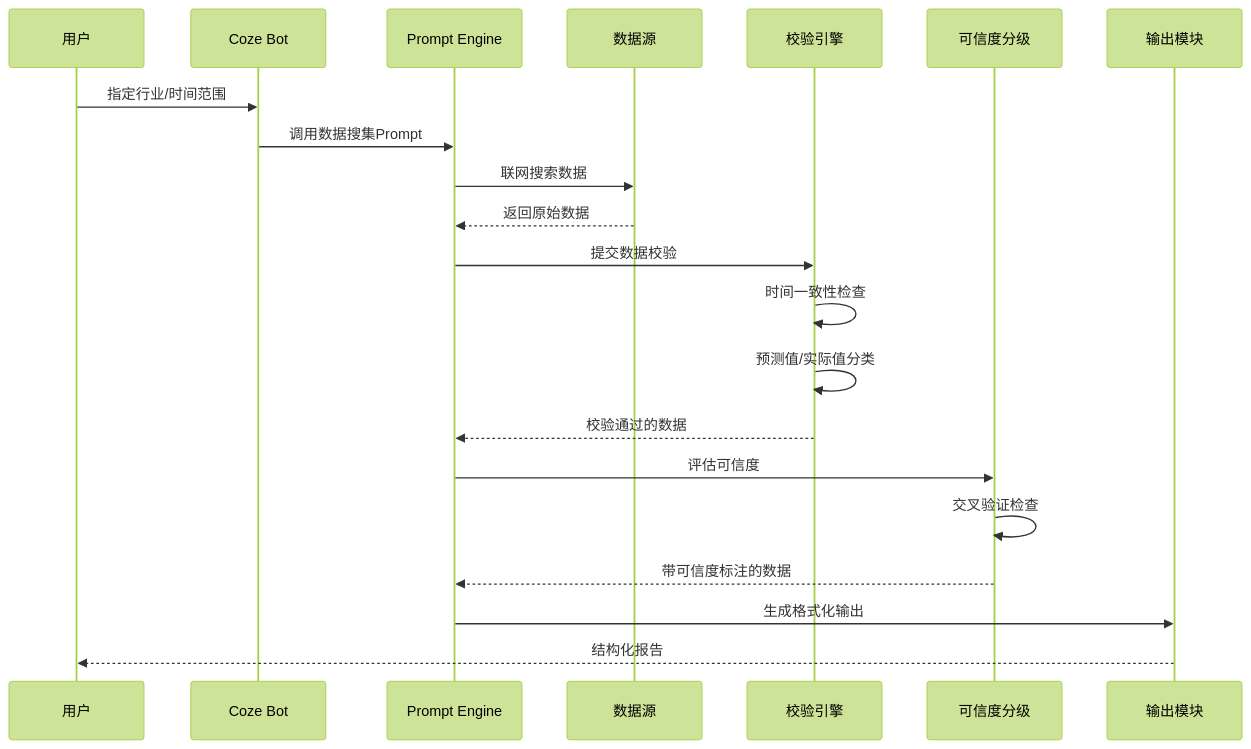
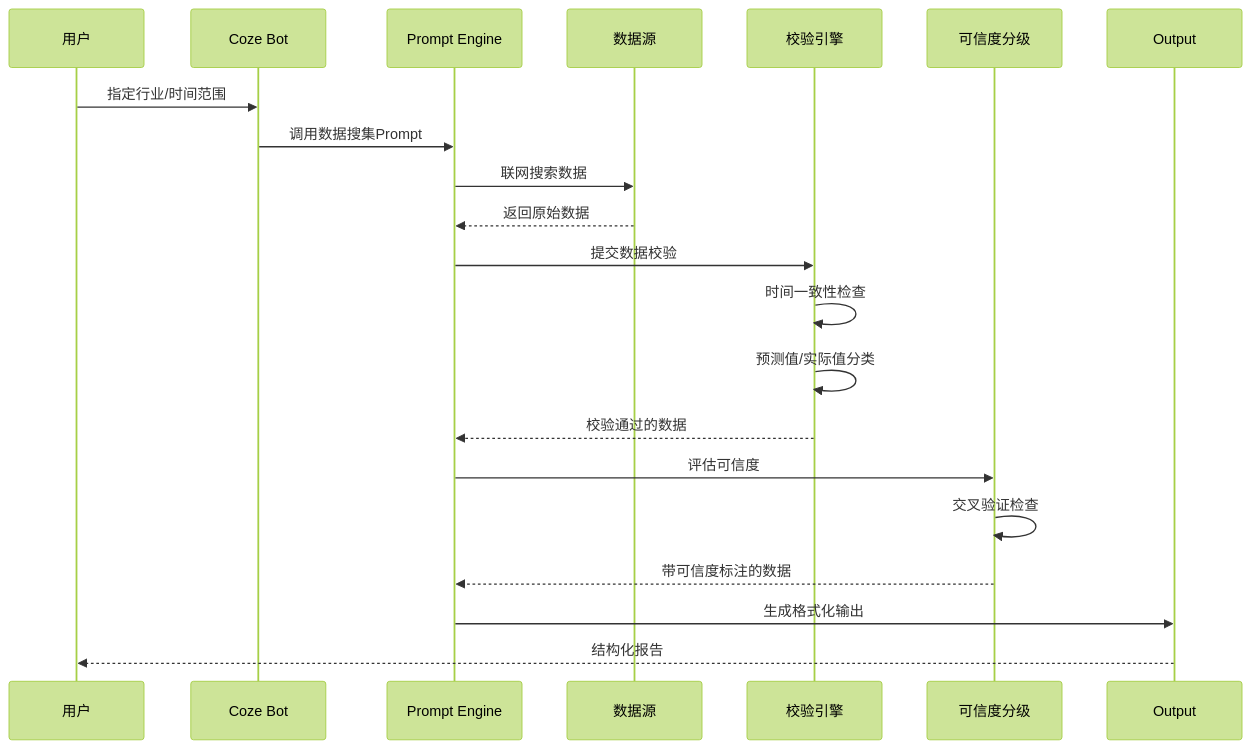
Before and after one commit to HanmmJade/industry-report-workflow: the second of 2 diagrams in README.md, drawn with Mermaid (forest theme). The commit also changed other lines of this file and 23 other files, not shown here.

````diff
--- a/README.md
+++ b/README.md
@@ -93,24 +93,23 @@
 ```mermaid
 sequenceDiagram
     participant User as 用户
     participant Coze as Coze Bot
     participant Prompt as Prompt Engine
     participant Source as 数据源
     participant Validator as 校验引擎
     participant Grader as 可信度分级
-    participant Output as 输出模块
     
     User->>Coze: 指定行业/时间范围
     Coze->>Prompt: 调用数据搜集Prompt
     Prompt->>Source: 联网搜索数据
     Source-->>Prompt: 返回原始数据
     Prompt->>Validator: 提交数据校验
     Validator->>Validator: 时间一致性检查
     Validator->>Validator: 预测值/实际值分类
     Validator-->>Prompt: 校验通过的数据
     Prompt->>Grader: 评估可信度
     Grader->>Grader: 交叉验证检查
     Grader-->>Prompt: 带可信度标注的数据
     Prompt->>Output: 生成格式化输出
     Output-->>User: 结构化报告
 ```
````
